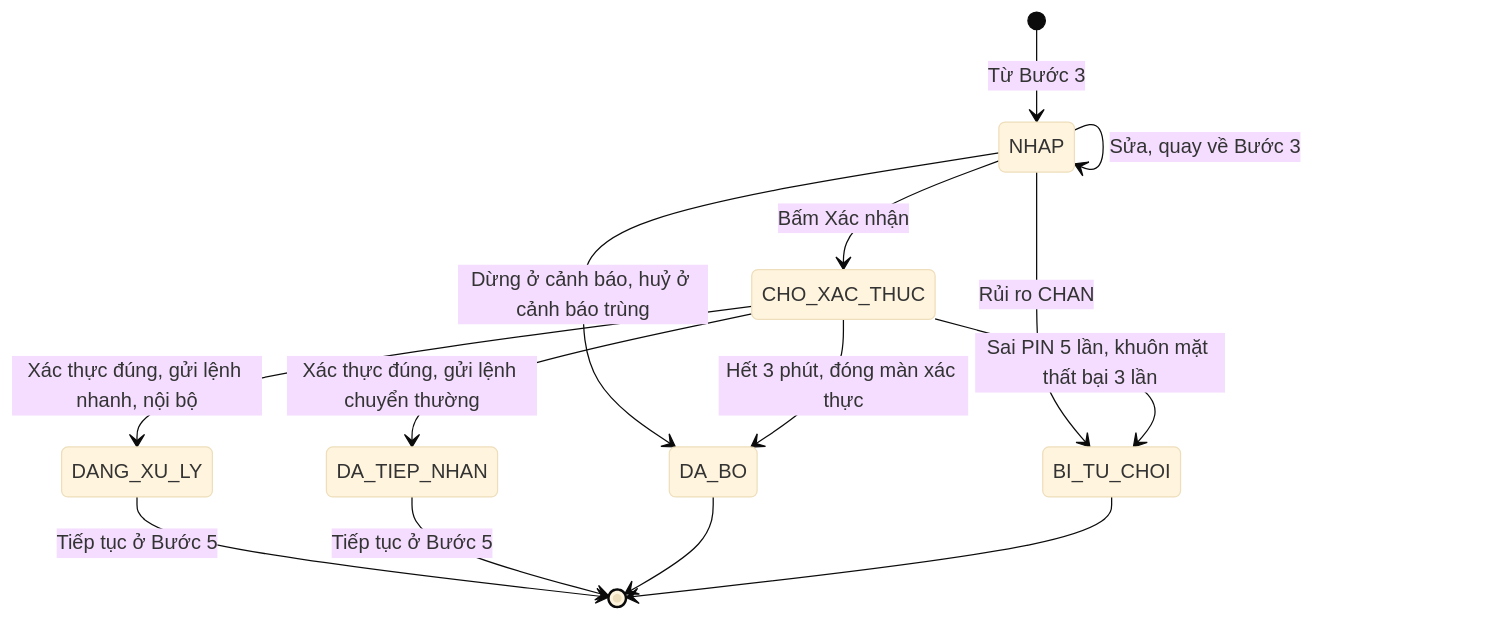
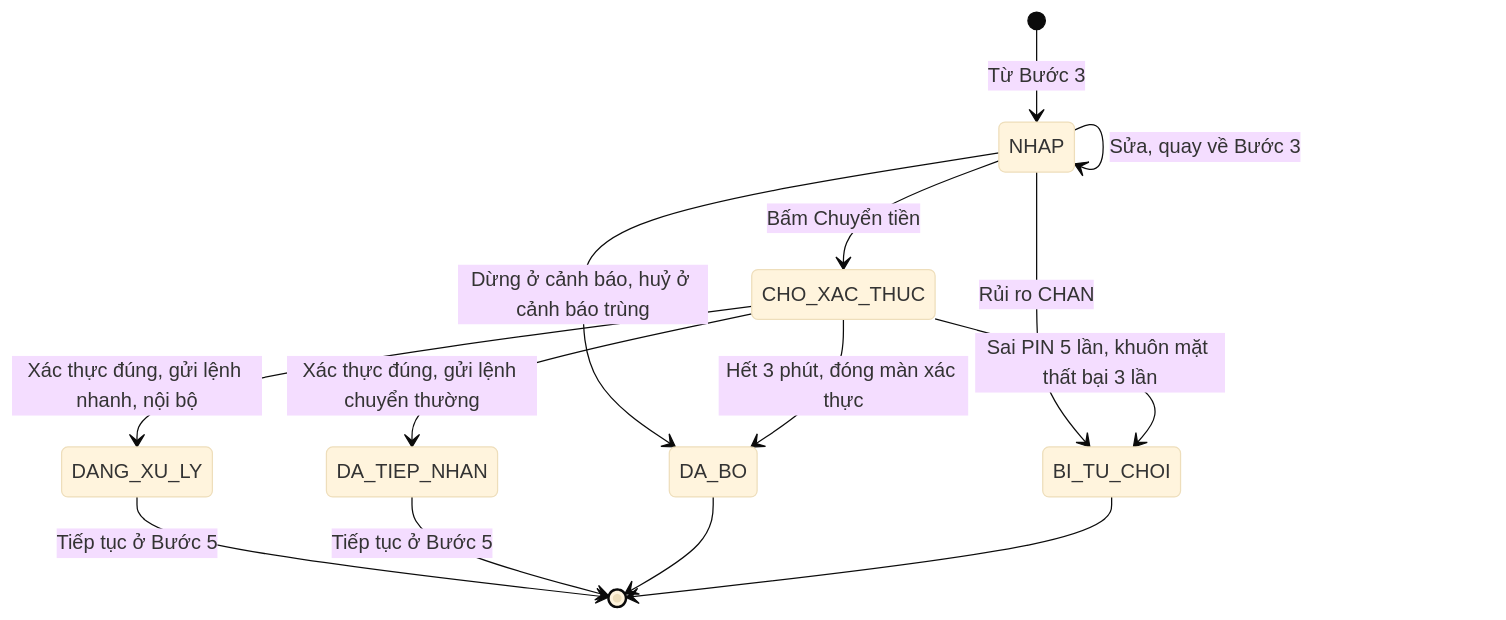
One commit to uxfoundation-vn/de07-chuyen-khoan-ngan-hang changed the third of 15 diagrams in docs/SRS.md. Above: the diagram before and after it, drawn with Mermaid (base theme). The commit also changed other lines of this file and 2 other files, not shown here.

First line of the commit message:
Đề 7: bấm Xác nhận ở màn chọn số tiền rồi mới xem lại giao dịch

````diff
--- a/docs/SRS.md
+++ b/docs/SRS.md
@@ -182,16 +182,16 @@
 ```mermaid
 stateDiagram-v2
   [*] --> NHAP : Từ Bước 3
   NHAP --> NHAP : Sửa, quay về Bước 3
   NHAP --> DA_BO : Dừng ở cảnh báo, huỷ ở cảnh báo trùng
   NHAP --> BI_TU_CHOI : Rủi ro CHAN
-  NHAP --> CHO_XAC_THUC : Bấm Xác nhận
+  NHAP --> CHO_XAC_THUC : Bấm Chuyển tiền
   CHO_XAC_THUC --> DA_BO : Hết 3 phút, đóng màn xác thực
   CHO_XAC_THUC --> BI_TU_CHOI : Sai PIN 5 lần, khuôn mặt thất bại 3 lần
   CHO_XAC_THUC --> DANG_XU_LY : Xác thực đúng, gửi lệnh nhanh, nội bộ
   CHO_XAC_THUC --> DA_TIEP_NHAN : Xác thực đúng, gửi lệnh chuyển thường
   DANG_XU_LY --> [*] : Tiếp tục ở Bước 5
   DA_TIEP_NHAN --> [*] : Tiếp tục ở Bước 5
   DA_BO --> [*]
   BI_TU_CHOI --> [*]
 ```
````
